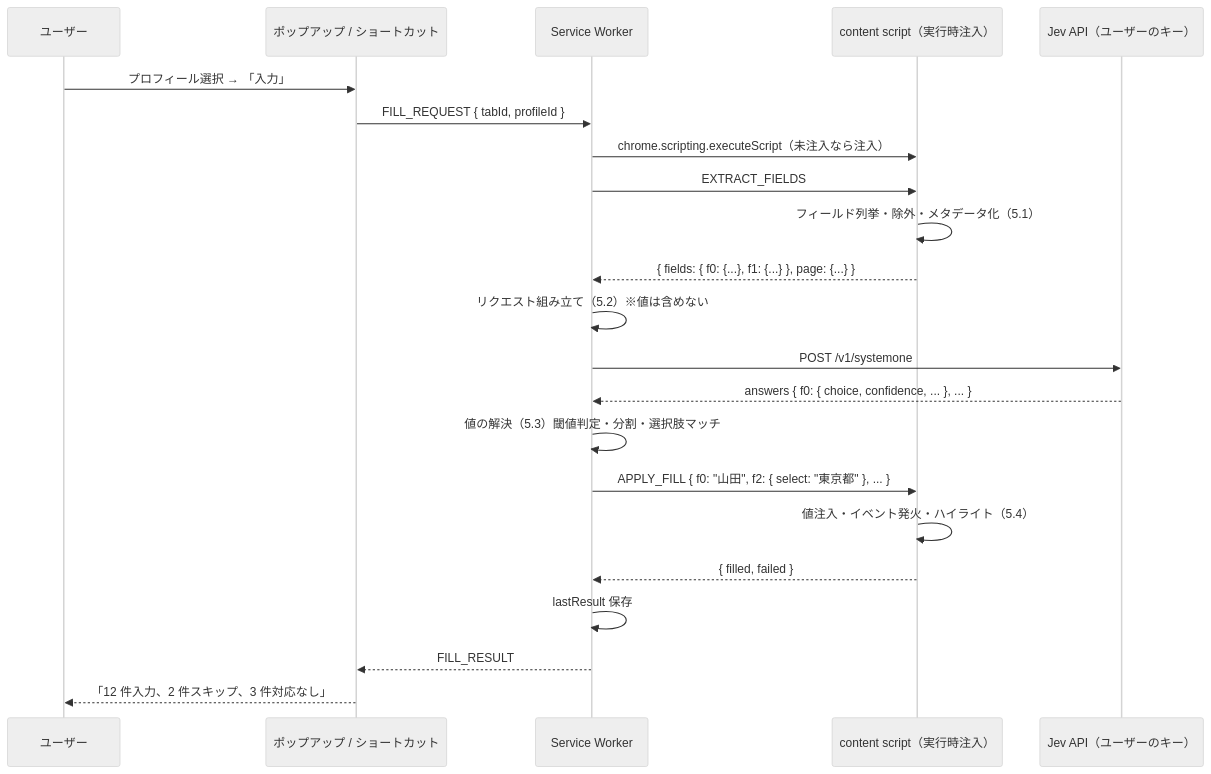
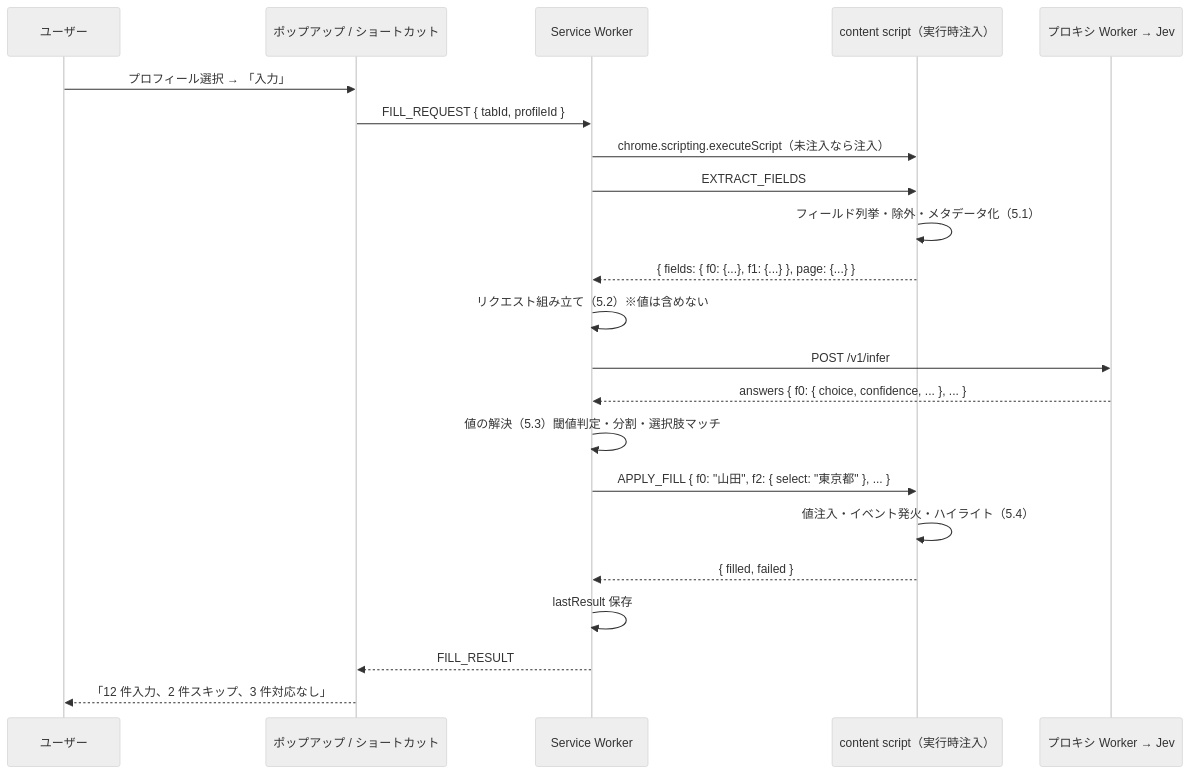
One commit to Yu-Rin-Chi2/auto-form-filler-plugin changed the diagram in docs/requirements/01-functional-requirements.md. Above: the diagram before and after it, drawn with Mermaid (neutral theme). The commit also changed other lines of this file and 8 other files, not shown here.

````diff
--- a/docs/requirements/01-functional-requirements.md
+++ b/docs/requirements/01-functional-requirements.md
@@ -200,25 +197,25 @@
 ```mermaid
 sequenceDiagram
     participant U as ユーザー
     participant P as ポップアップ / ショートカット
     participant SW as Service Worker
     participant CS as content script（実行時注入）
-    participant J as Jev API（ユーザーのキー）
+    participant J as プロキシ Worker → Jev
 
     U->>P: プロフィール選択 → 「入力」
     P->>SW: FILL_REQUEST { tabId, profileId }
     SW->>CS: chrome.scripting.executeScript（未注入なら注入）
     SW->>CS: EXTRACT_FIELDS
     CS->>CS: フィールド列挙・除外・メタデータ化（5.1）
     CS-->>SW: { fields: { f0: {...}, f1: {...} }, page: {...} }
     SW->>SW: リクエスト組み立て（5.2）※値は含めない
-    SW->>J: POST /v1/systemone
+    SW->>J: POST /v1/infer
     J-->>SW: answers { f0: { choice, confidence, ... }, ... }
     SW->>SW: 値の解決（5.3）閾値判定・分割・選択肢マッチ
     SW->>CS: APPLY_FILL { f0: "山田", f2: { select: "東京都" }, ... }
     CS->>CS: 値注入・イベント発火・ハイライト（5.4）
     CS-->>SW: { filled, failed }
     SW->>SW: lastResult 保存
     SW-->>P: FILL_RESULT
     P-->>U: 「12 件入力、2 件スキップ、3 件対応なし」
 ```
````
